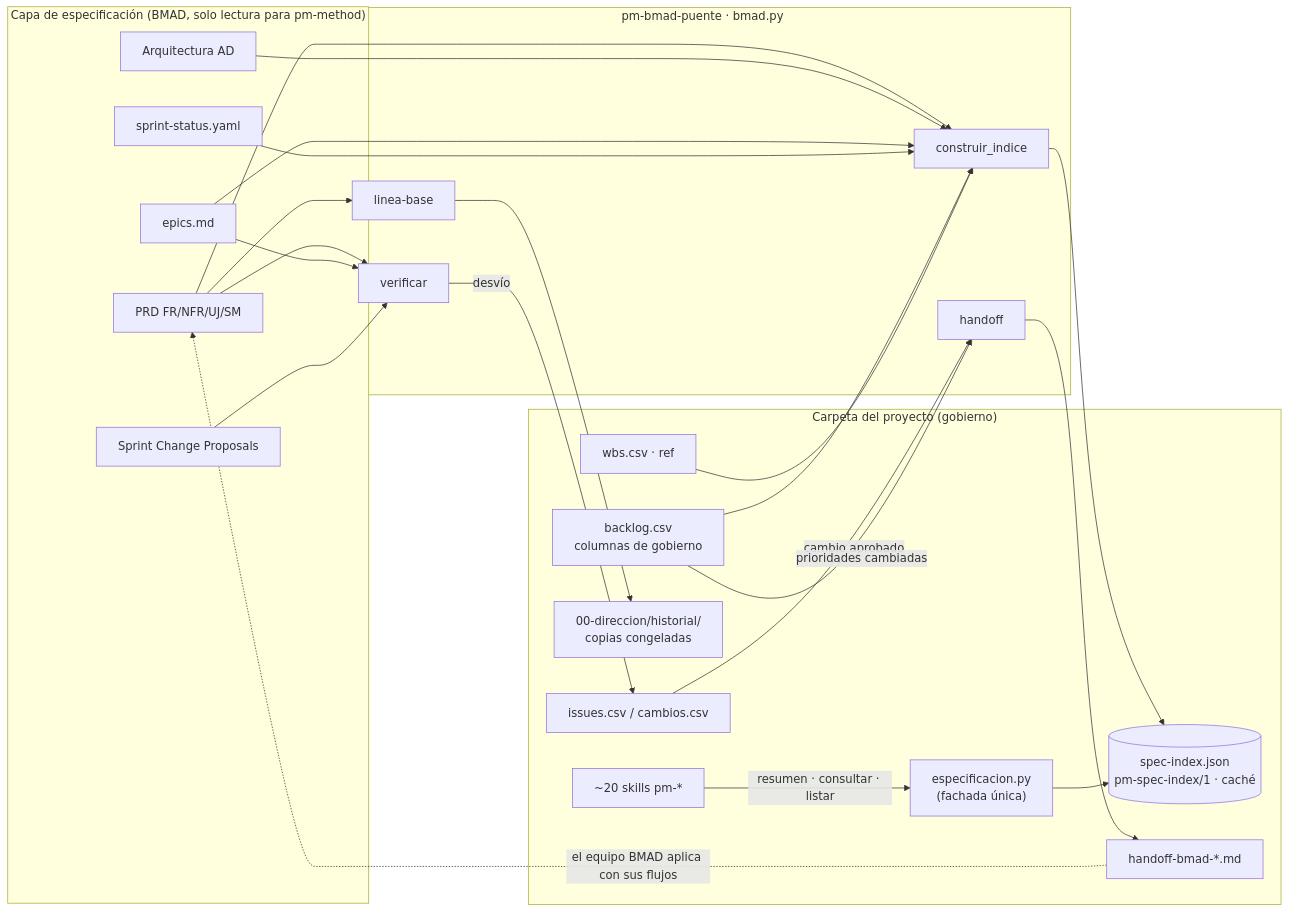
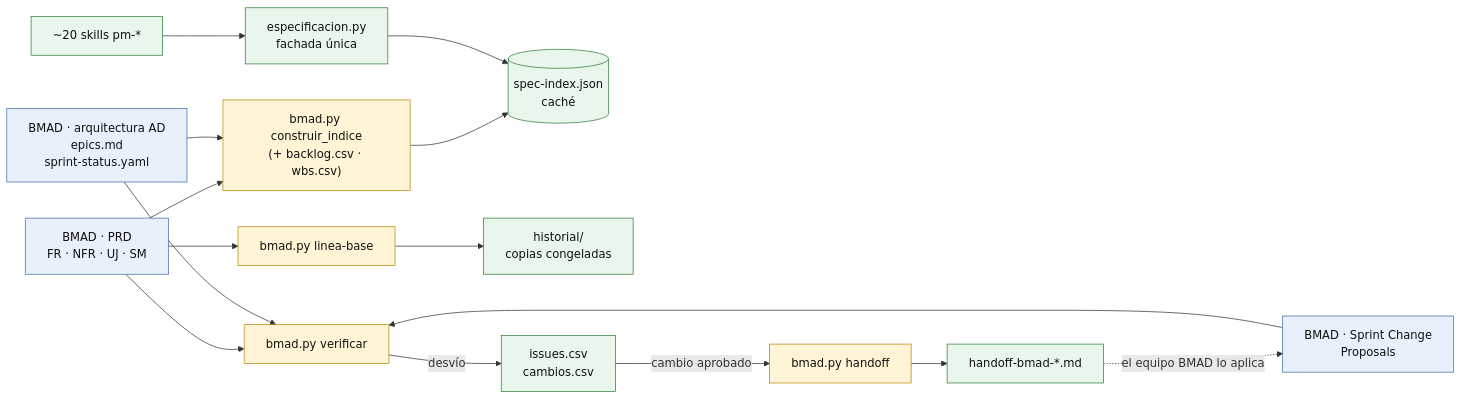
One commit to Arturo-Penas-Rial/pm-method changed the first of 3 diagrams in docs/sincronizacion.md. Above: the diagram before and after it, drawn with Mermaid. The commit also changed other lines of this file and 202 other files, not shown here.

Commit message:
pm-method 2.1.0: verificación de puertas, guardarraíles, idioma, Hermes, credenciales, diagramas legibles y documentación

````diff
--- a/docs/sincronizacion.md
+++ b/docs/sincronizacion.md
@@ -54,35 +54,26 @@
 ```mermaid
 flowchart LR
-  subgraph BMAD["Capa de especificación (BMAD, solo lectura para pm-method)"]
-    PRD[PRD FR/NFR/UJ/SM]
-    ARQ[Arquitectura AD]
-    EP[epics.md]
-    SS[sprint-status.yaml]
-    SCP[Sprint Change Proposals]
-  end
-  subgraph PUENTE["pm-bmad-puente · bmad.py"]
-    IDX[construir_indice]
-    LB[linea-base]
-    VER[verificar]
-    HO[handoff]
-  end
-  subgraph PM["Carpeta del proyecto (gobierno)"]
-    FAC["especificacion.py<br/>(fachada única)"]
-    CACHE[("spec-index.json<br/>pm-spec-index/1 · caché")]
-    BL[backlog.csv<br/>columnas de gobierno]
-    WBS[wbs.csv · ref]
-    HIST[00-direccion/historial/<br/>copias congeladas]
-    REG[issues.csv / cambios.csv]
-    HDOC[handoff-bmad-*.md]
-    SK[~20 skills pm-*]
-  end
-  PRD & ARQ & EP & SS --> IDX --> CACHE
-  BL & WBS --> IDX
-  FAC --> CACHE
-  SK -->|resumen · consultar · listar| FAC
+  %% Colores: BMAD (solo lectura) · puente bmad.py · carpeta del proyecto
+  PRD["BMAD · PRD<br/>FR · NFR · UJ · SM"]:::bmad
+  DOC["BMAD · arquitectura AD<br/>epics.md<br/>sprint-status.yaml"]:::bmad
+  SCP["BMAD · Sprint Change<br/>Proposals"]:::bmad
+  IDX["bmad.py construir_indice<br/>(+ backlog.csv · wbs.csv)"]:::puente
+  LB["bmad.py linea-base"]:::puente
+  VER["bmad.py verificar"]:::puente
+  HO["bmad.py handoff"]:::puente
+  CACHE[("spec-index.json<br/>caché")]:::pm
+  FAC["especificacion.py<br/>fachada única"]:::pm
+  SK["~20 skills pm-*"]:::pm
+  HIST["historial/<br/>copias congeladas"]:::pm
+  REG["issues.csv<br/>cambios.csv"]:::pm
+  HDOC["handoff-bmad-*.md"]:::pm
+  PRD & DOC --> IDX --> CACHE
+  SK --> FAC --> CACHE
   PRD --> LB --> HIST
-  PRD & EP & SCP --> VER -->|desvío| REG
-  REG -->|cambio aprobado| HO --> HDOC
-  BL -->|prioridades cambiadas| HO
-  HDOC -.->|el equipo BMAD aplica con sus flujos| PRD
+  PRD & DOC & SCP --> VER -->|desvío| REG
+  REG -->|"cambio aprobado"| HO --> HDOC
+  HDOC -.->|"el equipo BMAD lo aplica"| SCP
+  classDef bmad fill:#e8f1fb,stroke:#3b6ea8,color:#111
+  classDef puente fill:#fff4d6,stroke:#b8860b,color:#111
+  classDef pm fill:#e9f6ec,stroke:#2e7d32,color:#111
 ```
````
